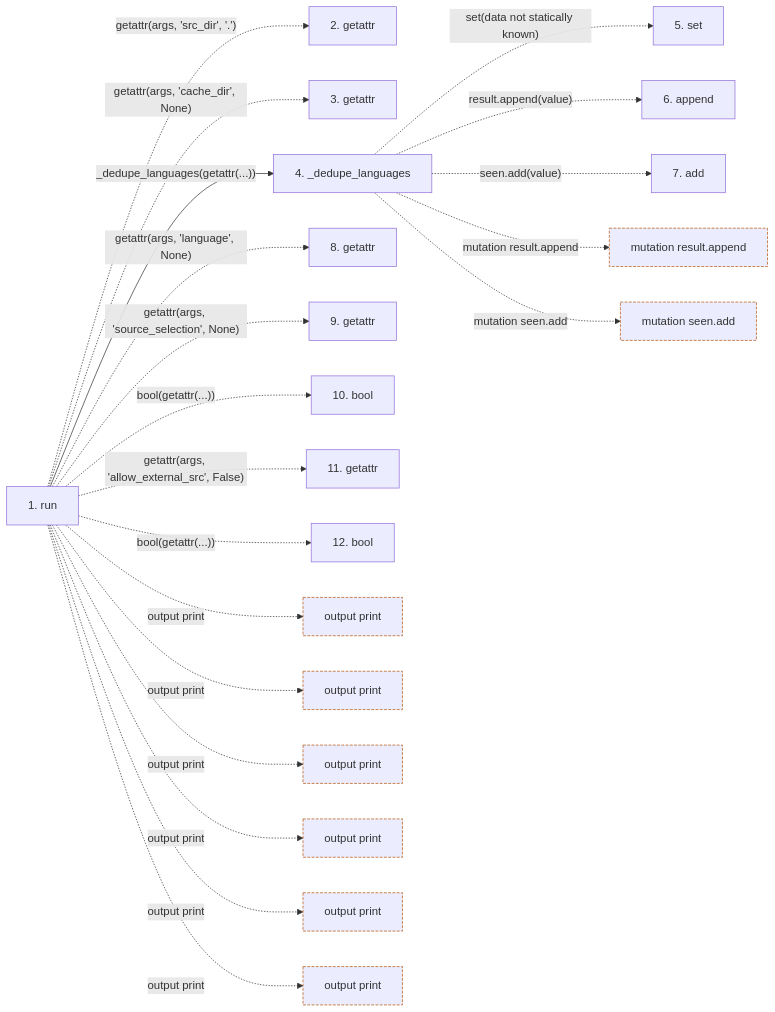
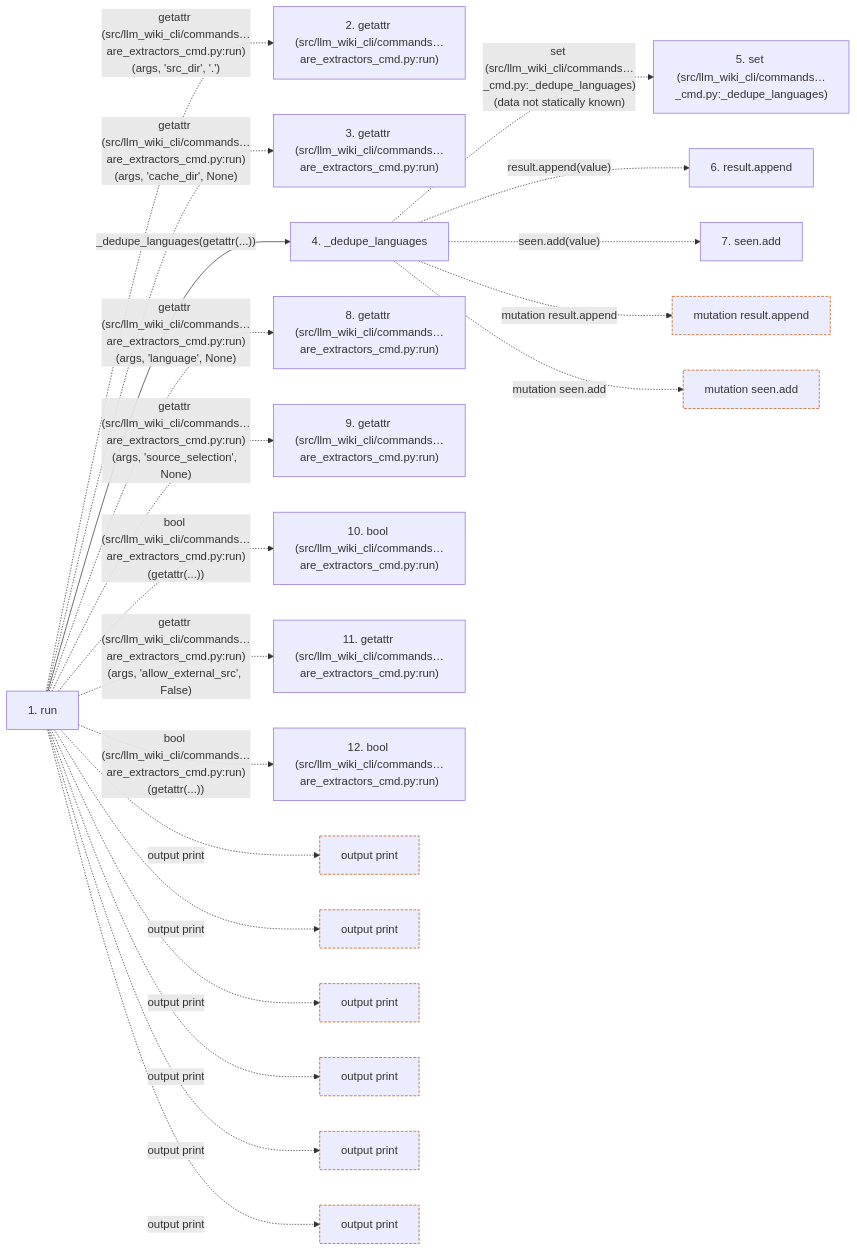
The second of 2 diagrams in docs/llm_wiki/flows/cli-prepare-extractors.md (Denissvgn/python-wiki-llm), drawn with Mermaid before and after one commit. The commit also changed other lines of this file and 719 other files, not shown here.

````diff
--- a/docs/llm_wiki/flows/cli-prepare-extractors.md
+++ b/docs/llm_wiki/flows/cli-prepare-extractors.md
@@ -80,53 +83,53 @@
 ```mermaid
 flowchart LR
     s1["1. run"]
-    s2["2. getattr"]
-    s3["3. getattr"]
+    s2["2. getattr (src/llm_wiki_cli/commands…are_extractors_cmd.py:run)"]
+    s3["3. getattr (src/llm_wiki_cli/commands…are_extractors_cmd.py:run)"]
     s4["4. _dedupe_languages"]
-    s5["5. set"]
-    s6["6. append"]
-    s7["7. add"]
-    s8["8. getattr"]
-    s9["9. getattr"]
-    s10["10. bool"]
-    s11["11. getattr"]
-    s12["12. bool"]
-    s1 -. "getattr(args, 'src_dir', '.')" .-> s2
-    s1 -. "getattr(args, 'cache_dir', None)" .-> s3
+    s5["5. set (src/llm_wiki_cli/commands…_cmd.py:_dedupe_languages)"]
+    s6["6. result.append"]
+    s7["7. seen.add"]
+    s8["8. getattr (src/llm_wiki_cli/commands…are_extractors_cmd.py:run)"]
+    s9["9. getattr (src/llm_wiki_cli/commands…are_extractors_cmd.py:run)"]
+    s10["10. bool (src/llm_wiki_cli/commands…are_extractors_cmd.py:run)"]
+    s11["11. getattr (src/llm_wiki_cli/commands…are_extractors_cmd.py:run)"]
+    s12["12. bool (src/llm_wiki_cli/commands…are_extractors_cmd.py:run)"]
+    s1 -. "getattr (src/llm_wiki_cli/commands…are_extractors_cmd.py:run)(args, 'src_dir', '.')" .-> s2
+    s1 -. "getattr (src/llm_wiki_cli/commands…are_extractors_cmd.py:run)(args, 'cache_dir', None)" .-> s3
     s1 -->|"_dedupe_languages(getattr(...))"| s4
-    s4 -. "set(data not statically known)" .-> s5
+    s4 -. "set (src/llm_wiki_cli/commands…_cmd.py:_dedupe_languages)(data not statically known)" .-> s5
     s4 -. "result.append(value)" .-> s6
     s4 -. "seen.add(value)" .-> s7
-    s1 -. "getattr(args, 'language', None)" .-> s8
-    s1 -. "getattr(args, 'source_selection', None)" .-> s9
-    s1 -. "bool(getattr(...))" .-> s10
-    s1 -. "getattr(args, 'allow_external_src', False)" .-> s11
-    s1 -. "bool(getattr(...))" .-> s12
+    s1 -. "getattr (src/llm_wiki_cli/commands…are_extractors_cmd.py:run)(args, 'language', None)" .-> s8
+    s1 -. "getattr (src/llm_wiki_cli/commands…are_extractors_cmd.py:run)(args, 'source_selection', None)" .-> s9
+    s1 -. "bool (src/llm_wiki_cli/commands…are_extractors_cmd.py:run)(getattr(...))" .-> s10
+    s1 -. "getattr (src/llm_wiki_cli/commands…are_extractors_cmd.py:run)(args, 'allow_external_src', False)" .-> s11
+    s1 -. "bool (src/llm_wiki_cli/commands…are_extractors_cmd.py:run)(getattr(...))" .-> s12
     b0["output print"]
     s1 -. "output print" .-> b0
     b1["output print"]
     s1 -. "output print" .-> b1
     b2["output print"]
     s1 -. "output print" .-> b2
     b3["output print"]
     s1 -. "output print" .-> b3
     b4["output print"]
     s1 -. "output print" .-> b4
     b5["output print"]
     s1 -. "output print" .-> b5
     b6["mutation result.append"]
     s4 -. "mutation result.append" .-> b6
     b7["mutation seen.add"]
     s4 -. "mutation seen.add" .-> b7
     click s1 "../modules/prepare_extractors_cmd.md"
     click s4 "../modules/prepare_extractors_cmd.md"
     classDef boundary stroke:#b45309,stroke-dasharray: 4 2
     class b0 boundary
     class b1 boundary
     class b2 boundary
     class b3 boundary
     class b4 boundary
     class b5 boundary
     class b6 boundary
     class b7 boundary
 ```
````
